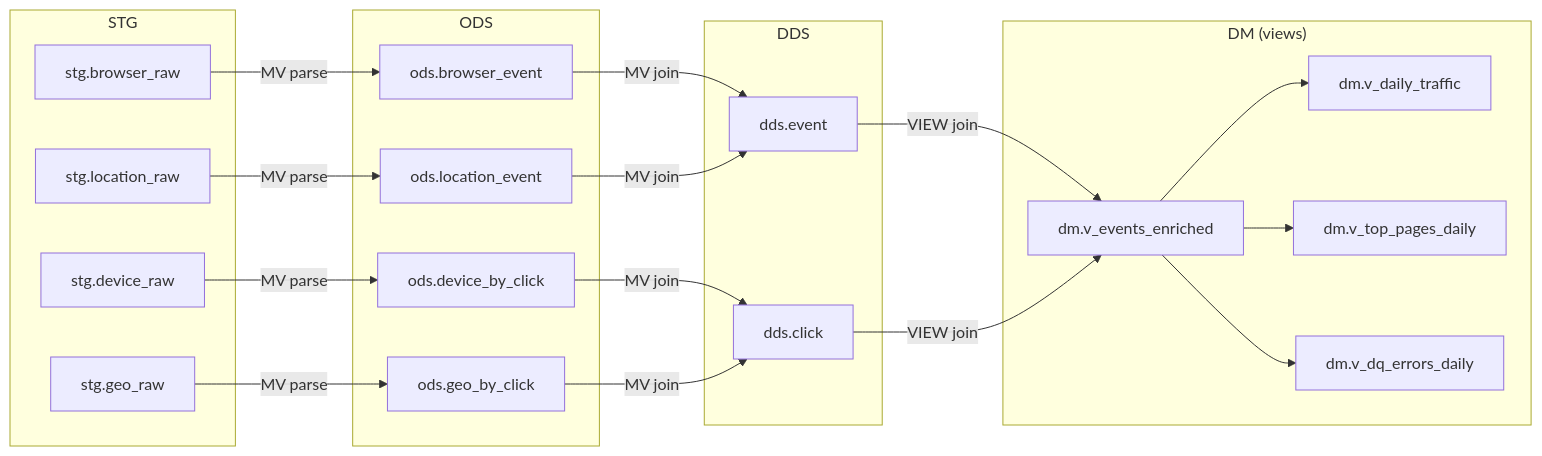
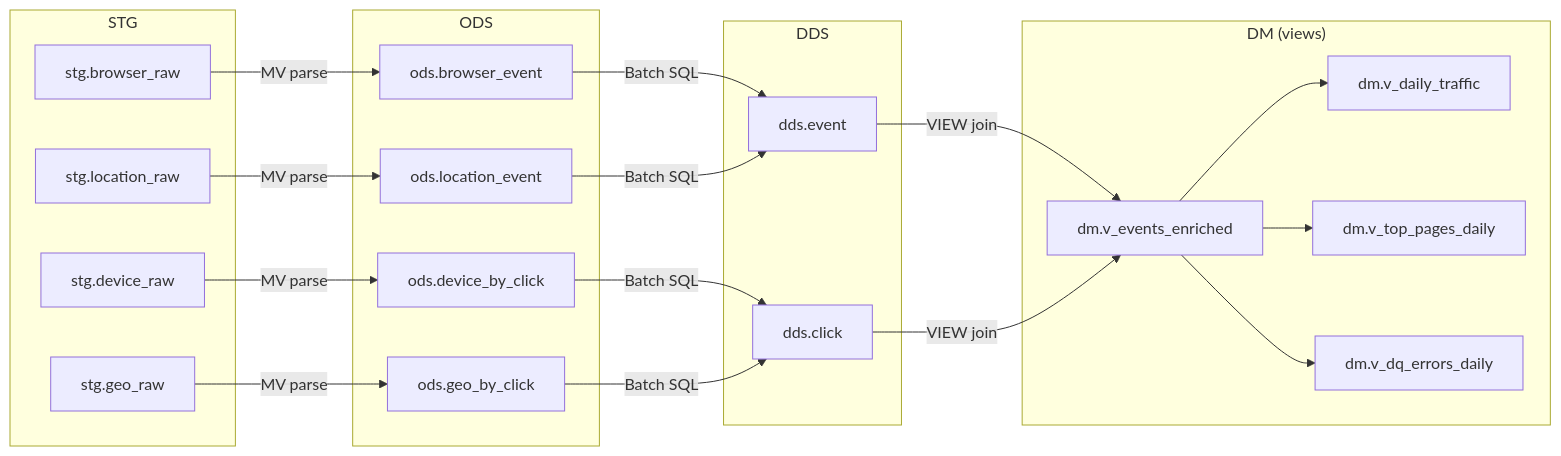
The diagram in plans/clickhouse_ddl.md (dementev-dev/clickstream-ch-kafka-superset-demo), drawn with Mermaid before and after one commit. The commit also changed other lines of this file, not shown here.

First line of the commit message:
docs(plans): update ddl architecture to use batch transforms for ods to dds

````diff
--- a/plans/clickhouse_ddl.md
+++ b/plans/clickhouse_ddl.md
@@ -50,46 +50,46 @@
 ```mermaid
 flowchart LR
   subgraph STG
     stg_browser[stg.browser_raw]
     stg_location[stg.location_raw]
     stg_device[stg.device_raw]
     stg_geo[stg.geo_raw]
   end
 
   subgraph ODS
     ods_browser[ods.browser_event]
     ods_location[ods.location_event]
     ods_device[ods.device_by_click]
     ods_geo[ods.geo_by_click]
   end
 
   subgraph DDS
     dds_event[dds.event]
     dds_click[dds.click]
   end
 
   subgraph DM["DM (views)"]
     v_enriched[dm.v_events_enriched]
     v_daily[dm.v_daily_traffic]
     v_pages[dm.v_top_pages_daily]
     v_dq[dm.v_dq_errors_daily]
   end
 
   stg_browser -->|MV parse| ods_browser
   stg_location -->|MV parse| ods_location
   stg_device -->|MV parse| ods_device
   stg_geo -->|MV parse| ods_geo
 
-  ods_browser -->|MV join| dds_event
-  ods_location -->|MV join| dds_event
+  ods_browser -->|Batch SQL| dds_event
+  ods_location -->|Batch SQL| dds_event
 
-  ods_device -->|MV join| dds_click
-  ods_geo -->|MV join| dds_click
+  ods_device -->|Batch SQL| dds_click
+  ods_geo -->|Batch SQL| dds_click
 
   dds_event -->|VIEW join| v_enriched
   dds_click -->|VIEW join| v_enriched
 
   v_enriched --> v_daily
   v_enriched --> v_pages
   v_enriched --> v_dq
 ```
````
